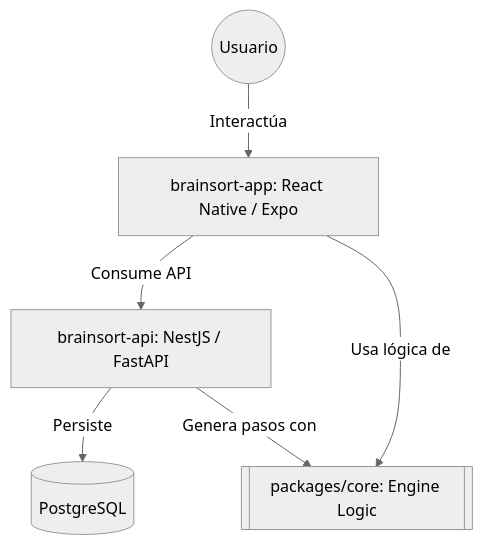
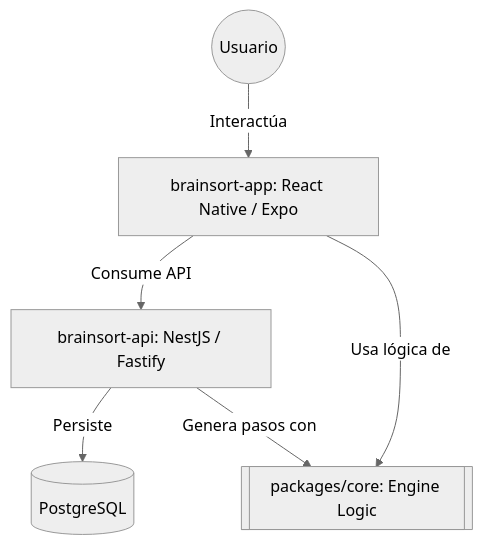
The diagram in INDEX.md (BrainSort/brainsort-specs), drawn with Mermaid (neutral theme) before and after one commit. The commit also changed 18 other files, not shown here.

````diff
--- a/INDEX.md
+++ b/INDEX.md
@@ -11,14 +11,14 @@
 ```mermaid
 graph TD
     User((Usuario))
     App[brainsort-app: React Native / Expo]
-    API[brainsort-api: NestJS / FastAPI]
+    API[brainsort-api: NestJS / Fastify]
     DB[(PostgreSQL)]
     Core[[packages/core: Engine Logic]]
 
     User -- Interactúa --> App
     App -- Consume API --> API
     API -- Persiste --> DB
     App -- Usa lógica de --> Core
     API -- Genera pasos con --> Core
 ```
````
